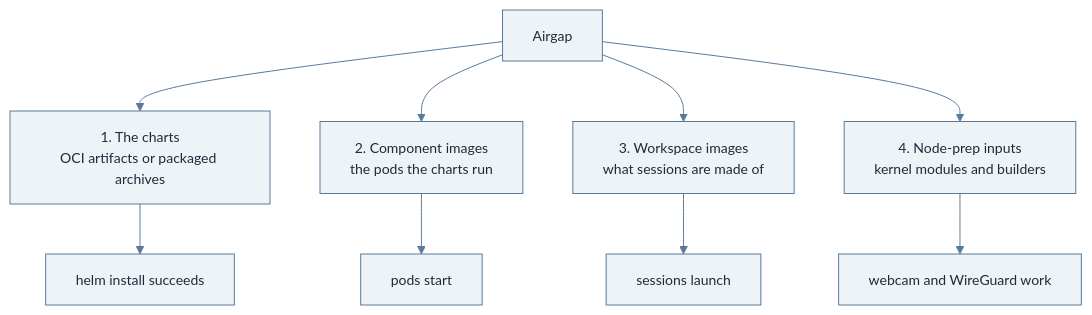
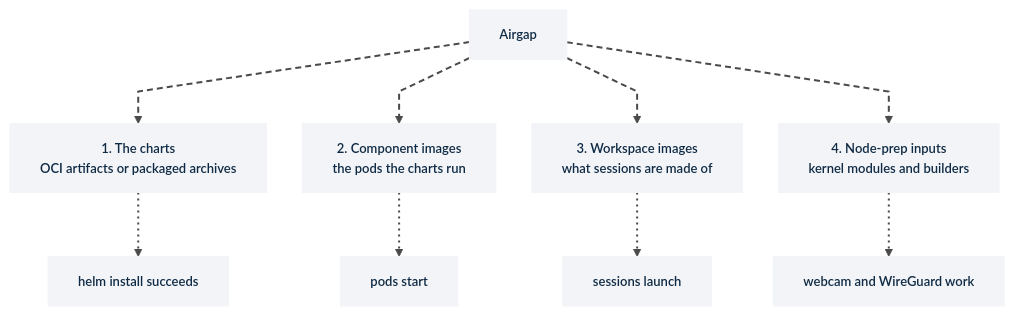
One commit to kasmtech/kasm-helm changed the diagram in docs/how-to/registries-and-airgap.md. Above: the diagram before and after it, drawn with Mermaid. The commit also changed other lines of this file and 35 other files, not shown here.

First line of the commit message:
Kasm diagram theme, and the operator and agent fixes verified against the dev builds

````diff
--- a/docs/how-to/registries-and-airgap.md
+++ b/docs/how-to/registries-and-airgap.md
@@ -12,12 +12,24 @@
 ```mermaid
-%%{init: {"theme":"base","themeVariables":{"primaryColor":"#eef3f8","primaryBorderColor":"#5b7a99","primaryTextColor":"#1d2b3a","secondaryColor":"#fbf3e6","secondaryBorderColor":"#b8863b","tertiaryColor":"#eaf5ec","tertiaryBorderColor":"#4f8a5b","lineColor":"#5b7a99","fontFamily":"Inter, Helvetica, Arial, sans-serif","fontSize":"14px"},"flowchart":{"curve":"basis","htmlLabels":true}}}%%
+%%{init: {"theme":"base","themeVariables":{"background":"#ffffff","primaryColor":"#f2f4f7","primaryBorderColor":"#f2f4f7","primaryTextColor":"#0f2a44","lineColor":"#0f2a44","clusterBkg":"#ffffff","clusterBorder":"#4a4a4a","edgeLabelBackground":"#ffffff","fontFamily":"Montserrat, Helvetica, Arial, sans-serif","fontSize":"13px"},"flowchart":{"curve":"linear","htmlLabels":true,"nodeSpacing":36,"rankSpacing":64}}}%%
 flowchart TB
-    A["Airgap"] --> B["1. The charts<br/>OCI artifacts or packaged archives"]
-    A --> C["2. Component images<br/>the pods the charts run"]
-    A --> D["3. Workspace images<br/>what sessions are made of"]
-    A --> E["4. Node-prep inputs<br/>kernel modules and builders"]
-    B --> F["helm install succeeds"]
-    C --> G["pods start"]
-    D --> H["sessions launch"]
-    E --> I["webcam and WireGuard work"]
+  A["Airgap"]:::card
+  B["1. The charts<br/>OCI artifacts or packaged archives"]:::card
+  C["2. Component images<br/>the pods the charts run"]:::card
+  D["3. Workspace images<br/>what sessions are made of"]:::card
+  E["4. Node-prep inputs<br/>kernel modules and builders"]:::card
+  F["helm install succeeds"]:::card
+  G["pods start"]:::card
+  H["sessions launch"]:::card
+  I["webcam and WireGuard work"]:::card
+  A --> B
+  A --> C
+  A --> D
+  A --> E
+  B --> F
+  C --> G
+  D --> H
+  E --> I
+  classDef card fill:#f2f4f7,stroke:#f2f4f7,color:#0f2a44,font-weight:600
+  linkStyle 0,1,2,3 stroke:#4a4a4a,stroke-width:2px,stroke-dasharray:6 4
+  linkStyle 4,5,6,7 stroke:#4a4a4a,stroke-width:2px,stroke-dasharray:2 4
 ```
````
